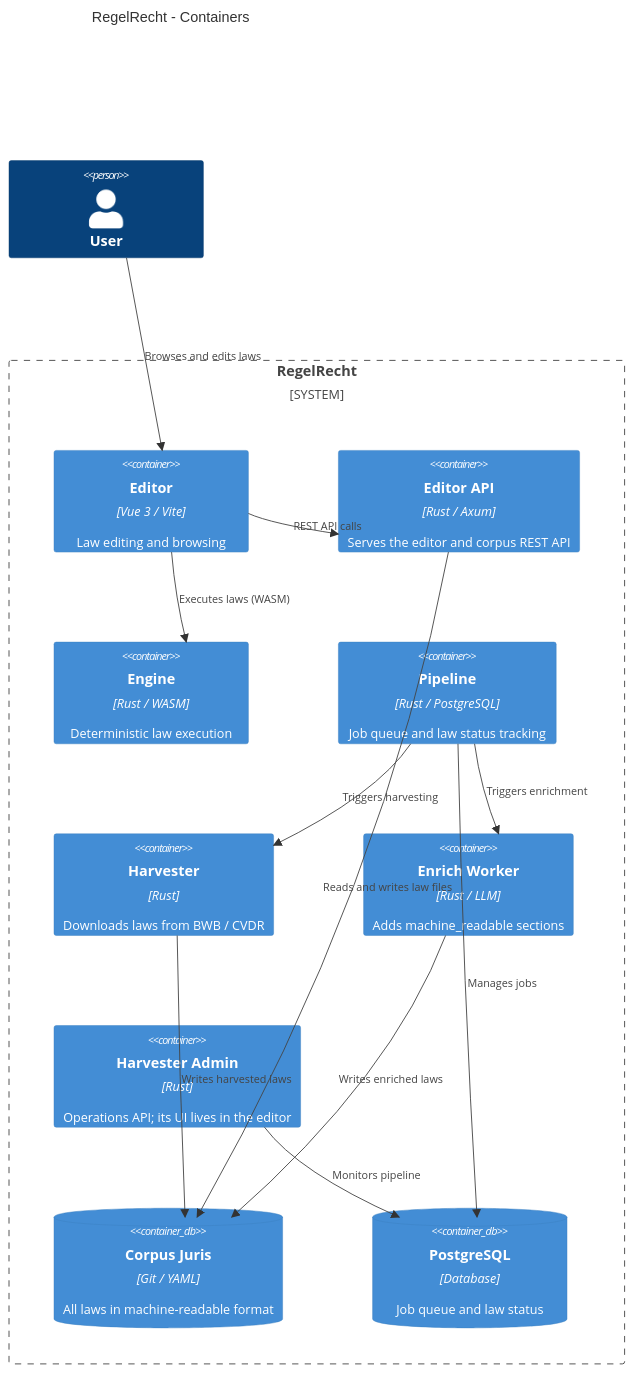
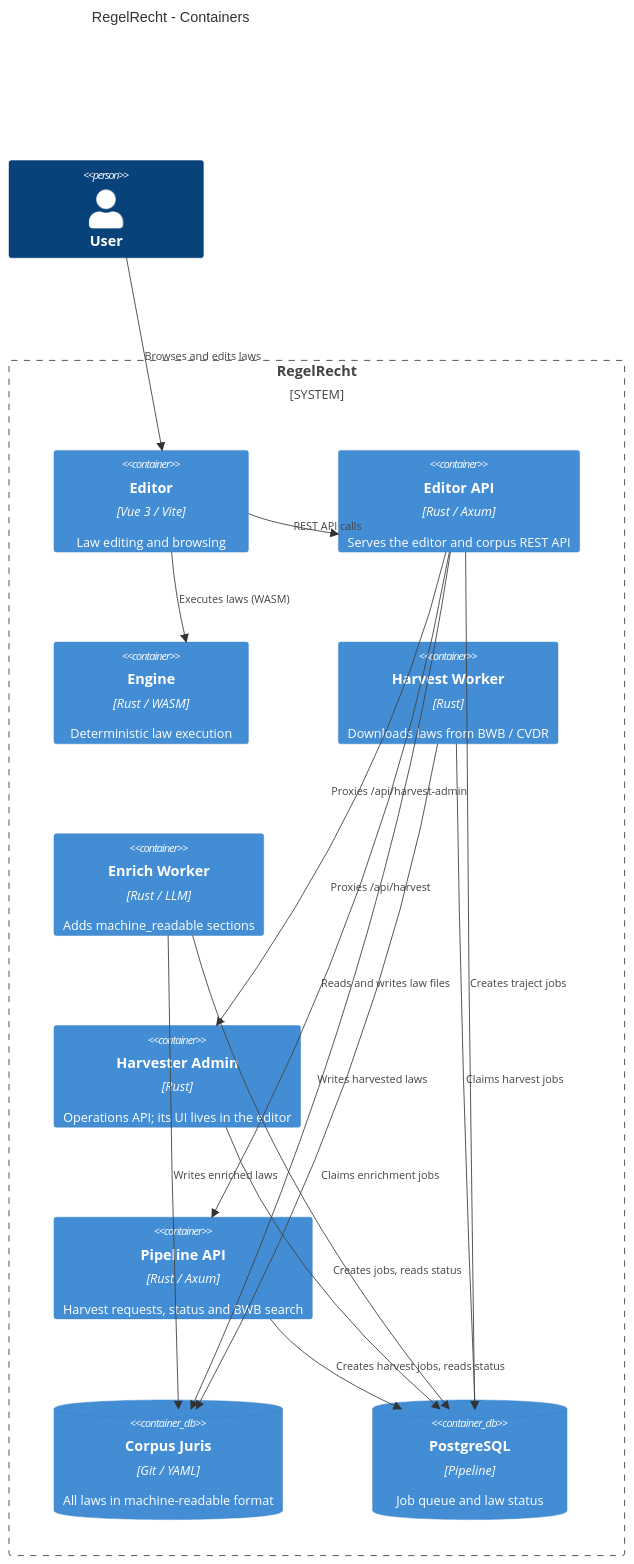
Before and after one commit to MinBZK/regelrecht: the second of 2 diagrams in docs/src/content/docs/guide/architecture.md, drawn with Mermaid. The commit also changed other lines of this file and 9 other files, not shown here.

````diff
--- a/docs/src/content/docs/guide/architecture.md
+++ b/docs/src/content/docs/guide/architecture.md
@@ -29,29 +29,32 @@
 ```mermaid
 C4Container
     title RegelRecht - Containers
 
     Person(user, "User")
 
     System_Boundary(rr, "RegelRecht") {
         Container(editor, "Editor", "Vue 3 / Vite", "Law editing and browsing")
         Container(editorapi, "Editor API", "Rust / Axum", "Serves the editor and corpus REST API")
         Container(engine, "Engine", "Rust / WASM", "Deterministic law execution")
-        Container(pipeline, "Pipeline", "Rust / PostgreSQL", "Job queue and law status tracking")
-        Container(harvester, "Harvester", "Rust", "Downloads laws from BWB / CVDR")
+        Container(harvester, "Harvest Worker", "Rust", "Downloads laws from BWB / CVDR")
         Container(enrich, "Enrich Worker", "Rust / LLM", "Adds machine_readable sections")
         Container(admin, "Harvester Admin", "Rust", "Operations API; its UI lives in the editor")
+        Container(pipelineapi, "Pipeline API", "Rust / Axum", "Harvest requests, status and BWB search")
         ContainerDb(corpus, "Corpus Juris", "Git / YAML", "All laws in machine-readable format")
-        ContainerDb(db, "PostgreSQL", "Database", "Job queue and law status")
+        ContainerDb(db, "PostgreSQL", "Pipeline", "Job queue and law status")
     }
 
     Rel(user, editor, "Browses and edits laws")
     Rel(editor, editorapi, "REST API calls")
     Rel(editor, engine, "Executes laws (WASM)")
     Rel(editorapi, corpus, "Reads and writes law files")
+    Rel(editorapi, admin, "Proxies /api/harvest-admin")
+    Rel(editorapi, pipelineapi, "Proxies /api/harvest")
+    Rel(editorapi, db, "Creates traject jobs")
+    Rel(admin, db, "Creates jobs, reads status")
+    Rel(pipelineapi, db, "Creates harvest jobs, reads status")
+    Rel(harvester, db, "Claims harvest jobs")
+    Rel(enrich, db, "Claims enrichment jobs")
     Rel(harvester, corpus, "Writes harvested laws")
     Rel(enrich, corpus, "Writes enriched laws")
-    Rel(pipeline, db, "Manages jobs")
-    Rel(pipeline, harvester, "Triggers harvesting")
-    Rel(pipeline, enrich, "Triggers enrichment")
-    Rel(admin, db, "Monitors pipeline")
 ```
````
